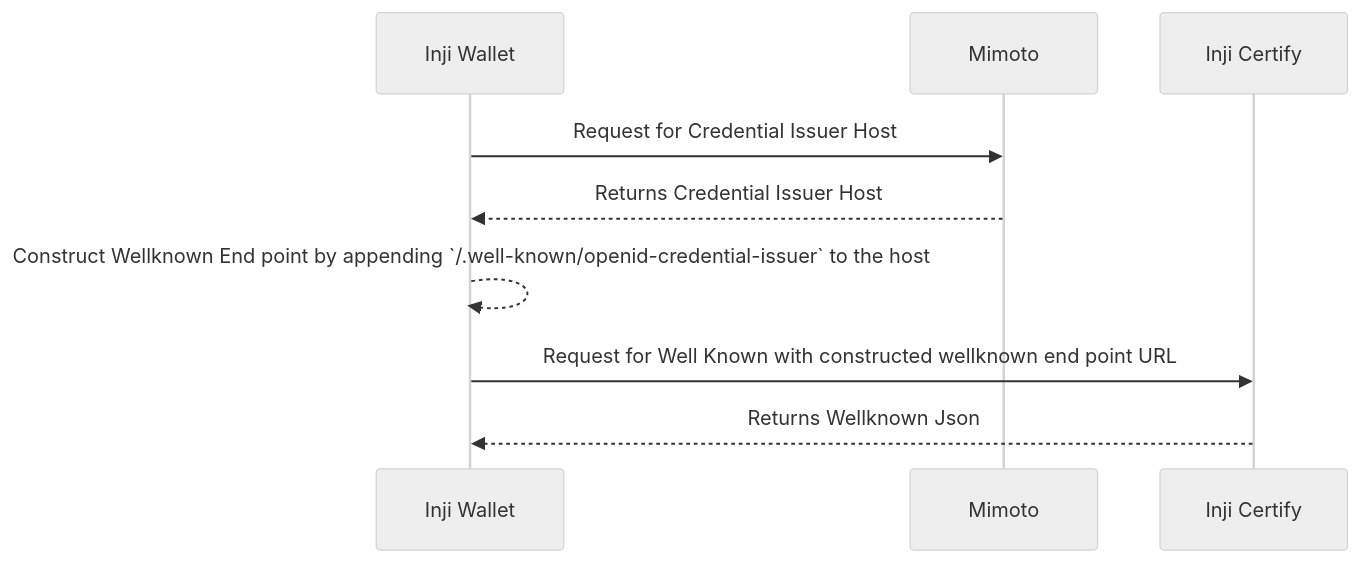
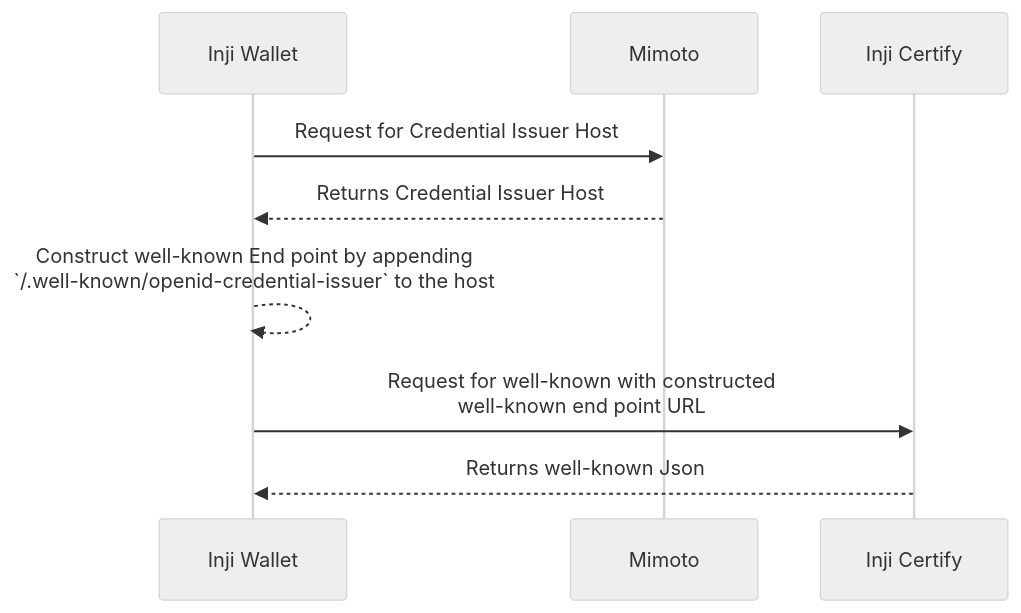
Before and after one commit to mosip/inji-wallet: the diagram in docs/WellknownDiscovery.md, drawn with Mermaid (neutral theme). The commit also changed other lines of this file, not shown here.

Commit message:
[INJIMOB-2452]: Replace Well Known into well-known

````diff
--- a/docs/WellknownDiscovery.md
+++ b/docs/WellknownDiscovery.md
@@ -14,12 +14,12 @@
 ```mermaid
 sequenceDiagram
     participant Inji Wallet
     participant Mimoto
     participant Inji Certify
 
     Inji Wallet->>Mimoto: Request for Credential Issuer Host
     Mimoto-->>Inji Wallet: Returns Credential Issuer Host
-    Inji Wallet-->>Inji Wallet: Construct Wellknown End point by appending `/.well-known/openid-credential-issuer` to the host
-    Inji Wallet->>Inji Certify: Request for Well Known with constructed wellknown end point URL
-    Inji Certify-->>Inji Wallet: Returns Wellknown Json
+    Inji Wallet-->>Inji Wallet: Construct well-known End point by appending <br/> `/.well-known/openid-credential-issuer` to the host
+    Inji Wallet->>Inji Certify: Request for well-known with constructed <br/> well-known end point URL
+    Inji Certify-->>Inji Wallet: Returns well-known Json
 ```
````
